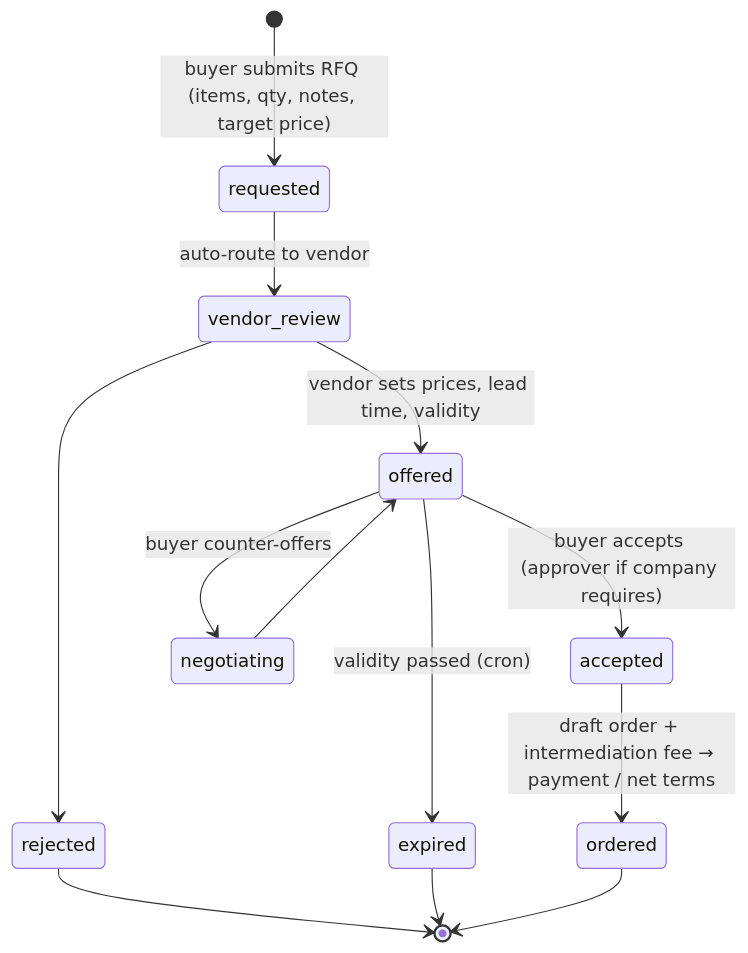
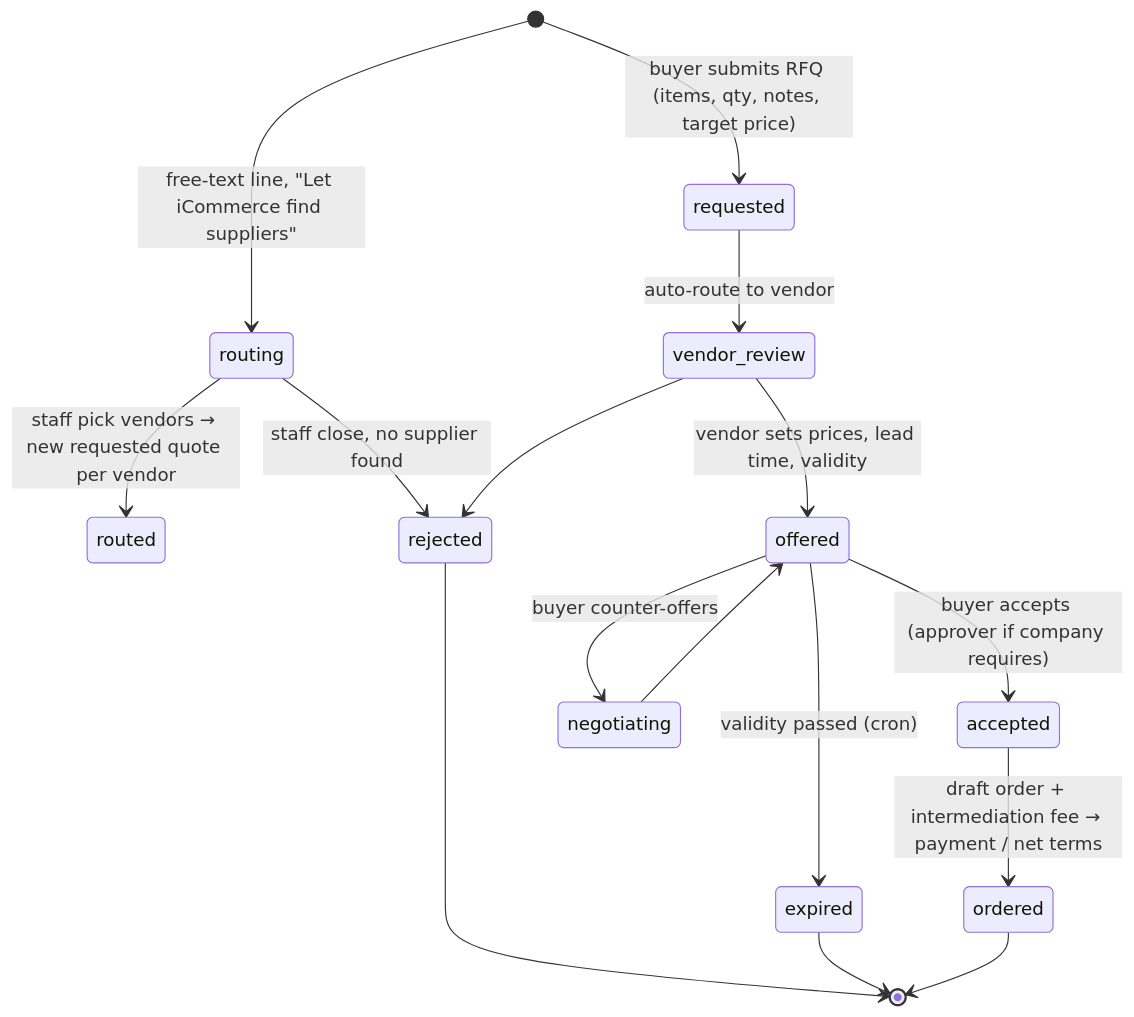
The second of 2 diagrams in project_docs/02-architecture.md (mg-gouda/iCommerce), drawn with Mermaid before and after one commit. The commit also changed 11 other files, not shown here.

First line of the commit message:
feat(quote): platform routing for free-text RFQ lines

````diff
--- a/project_docs/02-architecture.md
+++ b/project_docs/02-architecture.md
@@ -108,15 +108,18 @@
 ```mermaid
 stateDiagram-v2
   [*] --> requested: buyer submits RFQ (items, qty, notes, target price)
+  [*] --> routing: free-text line, "Let iCommerce find suppliers"
+  routing --> routed: staff pick vendors → new requested quote per vendor
+  routing --> rejected: staff close, no supplier found
   requested --> vendor_review: auto-route to vendor
   vendor_review --> offered: vendor sets prices, lead time, validity
   vendor_review --> rejected
   offered --> accepted: buyer accepts (approver if company requires)
   offered --> negotiating: buyer counter-offers
   negotiating --> offered
   offered --> expired: validity passed (cron)
   accepted --> ordered: draft order + intermediation fee → payment / net terms
   rejected --> [*]
   expired --> [*]
   ordered --> [*]
 ```
````
